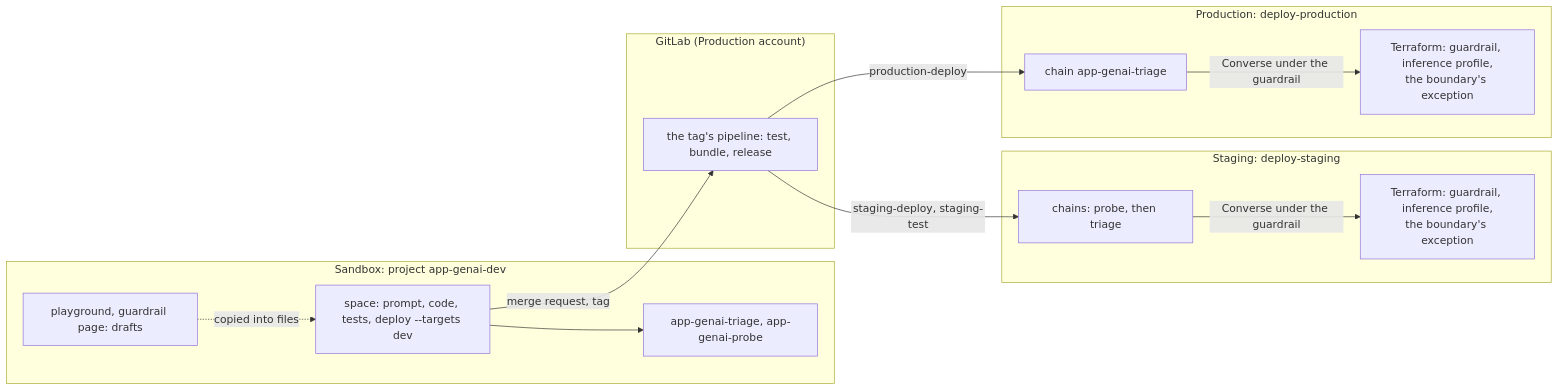
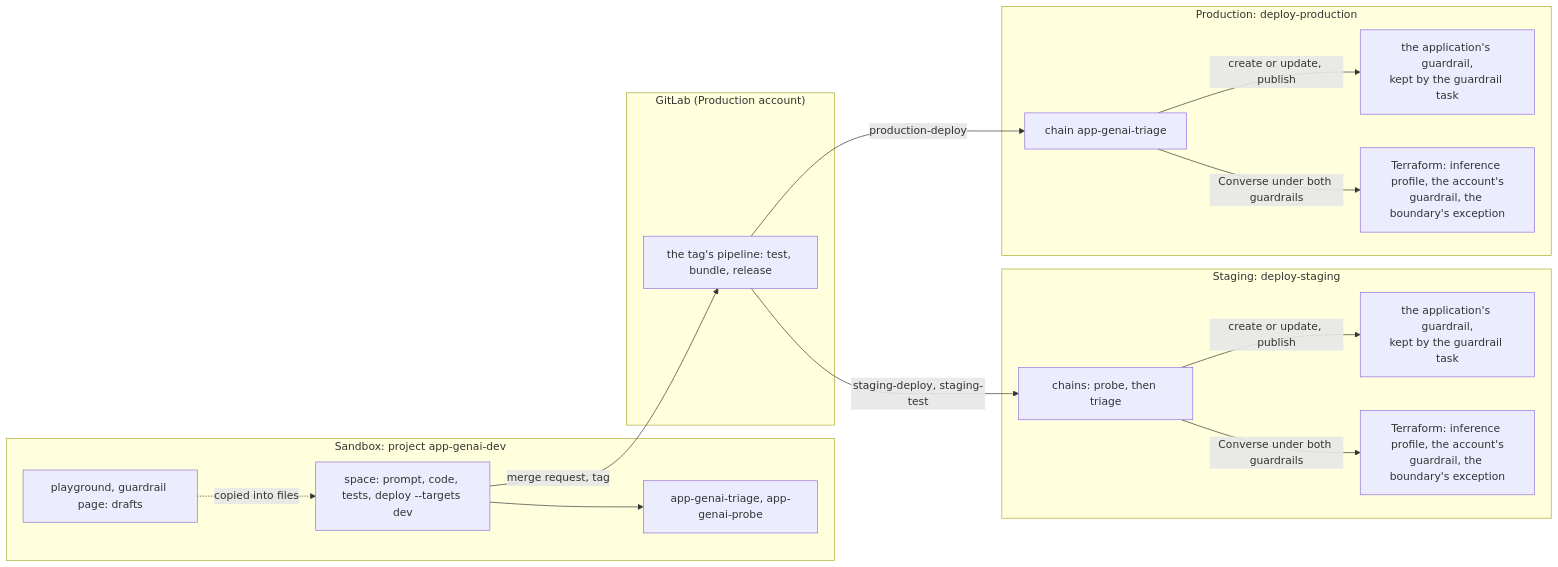
Before and after one commit to felipenoris/AWS-DataScience: the third of 3 diagrams in docs/plan/stages/stage-17-sandbox-machine-learning.md, drawn with Mermaid. The commit also changed other lines of this file, not shown here.

````diff
--- a/docs/plan/stages/stage-17-sandbox-machine-learning.md
+++ b/docs/plan/stages/stage-17-sandbox-machine-learning.md
@@ -995,26 +1073,30 @@
 ```mermaid
 flowchart LR
   subgraph sandbox["Sandbox: project app-genai-dev"]
     drafts["playground, guardrail page: drafts"]
     space["space: prompt, code, tests, deploy --targets dev"]
     devwf["app-genai-triage, app-genai-probe"]
   end
   subgraph gitlab["GitLab (Production account)"]
     pipe["the tag's pipeline: test, bundle, release"]
   end
   subgraph staging["Staging: deploy-staging"]
     stgwf["chains: probe, then triage"]
-    stgbr["Terraform: guardrail, inference profile,<br/>the boundary's exception"]
+    stggr["the application's guardrail,<br/>kept by the guardrail task"]
+    stgbr["Terraform: inference profile, the account's<br/>guardrail, the boundary's exception"]
   end
   subgraph production["Production: deploy-production"]
     prodwf["chain app-genai-triage"]
-    prodbr["Terraform: guardrail, inference profile,<br/>the boundary's exception"]
+    prodgr["the application's guardrail,<br/>kept by the guardrail task"]
+    prodbr["Terraform: inference profile, the account's<br/>guardrail, the boundary's exception"]
   end
   drafts -.->|"copied into files"| space
   space --> devwf
   space -->|"merge request, tag"| pipe
   pipe -->|"staging-deploy, staging-test"| stgwf
   pipe -->|"production-deploy"| prodwf
-  stgwf -->|"Converse under the guardrail"| stgbr
-  prodwf -->|"Converse under the guardrail"| prodbr
+  stgwf -->|"create or update, publish"| stggr
+  prodwf -->|"create or update, publish"| prodgr
+  stgwf -->|"Converse under both guardrails"| stgbr
+  prodwf -->|"Converse under both guardrails"| prodbr
 ```
````
